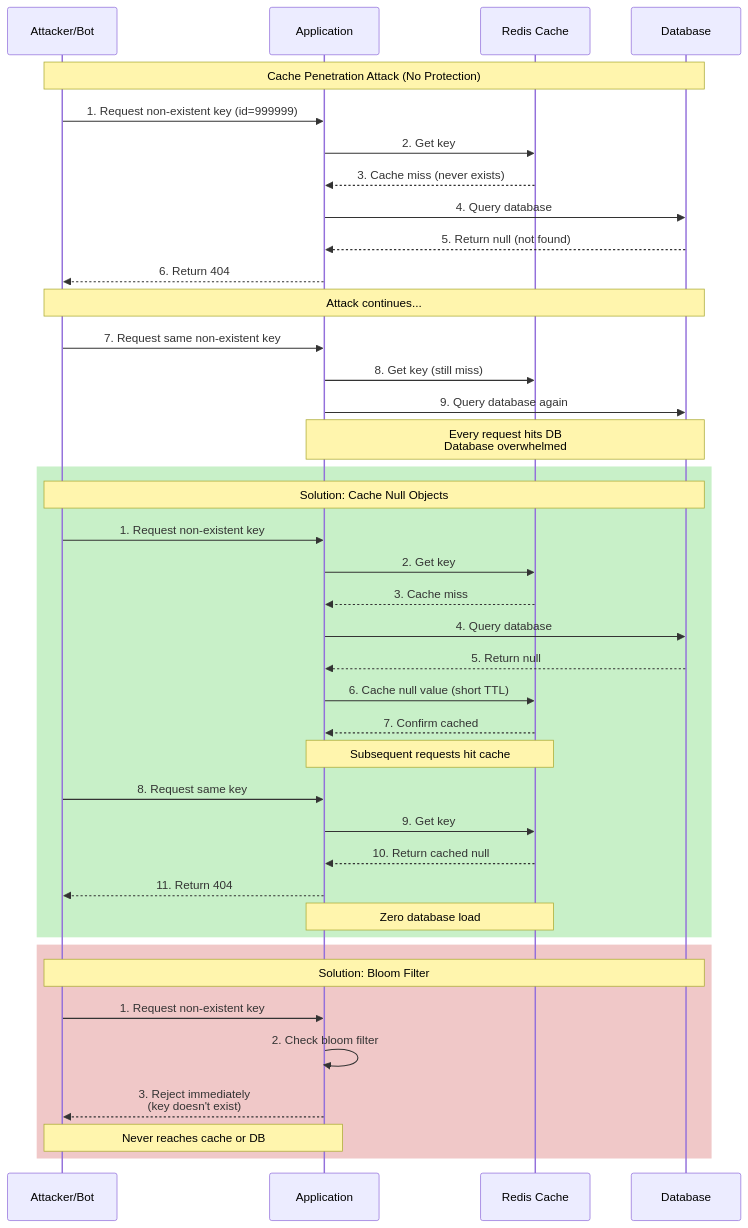
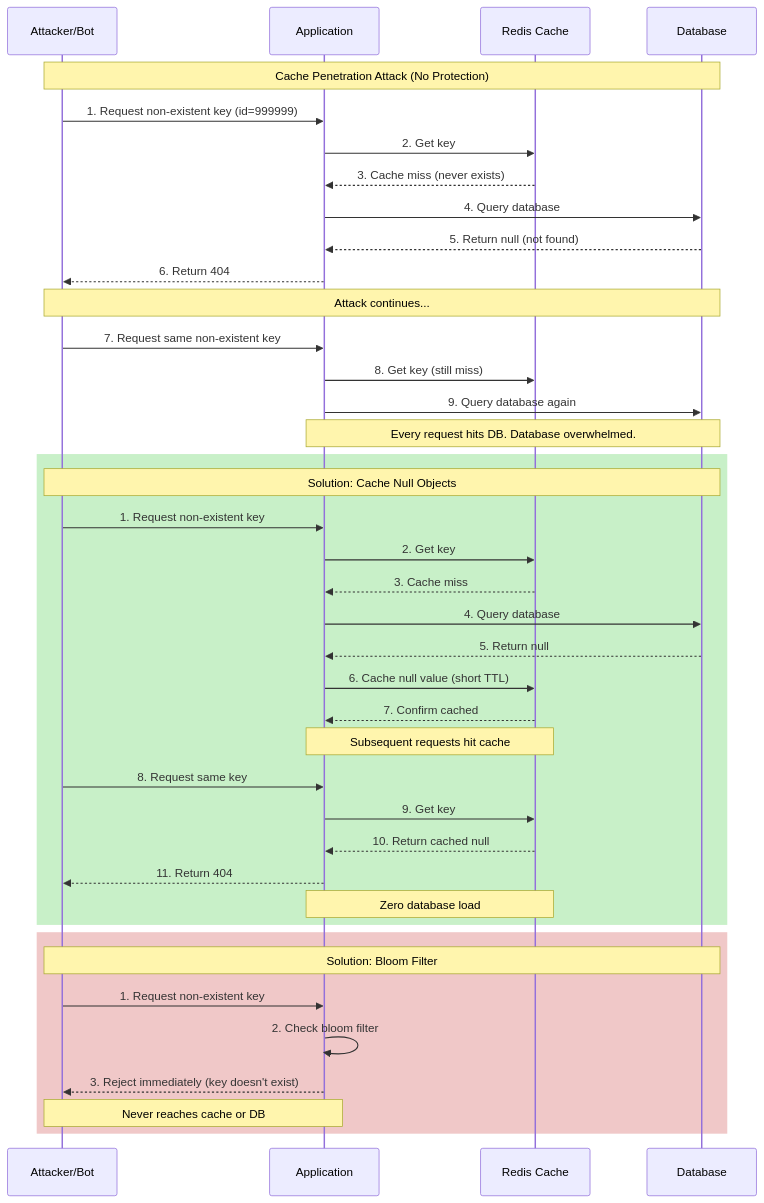
Before and after one commit to YiWang24/AiDIY: the third of 3 diagrams in docs/cs/system-design/caching-layer.mdx, drawn with Mermaid. The commit also changed other lines of this file and 65 other files, not shown here.

First line of the commit message:
feat(docs): comprehensive algorithms documentation and Mermaid fixes

````diff
--- a/docs/cs/system-design/caching-layer.mdx
+++ b/docs/cs/system-design/caching-layer.mdx
@@ -997,47 +997,47 @@
 ```mermaid
 sequenceDiagram
     participant Attacker as Attacker/Bot
     participant App as Application
     participant Cache as Redis Cache
     participant DB as Database
 
     Note over Attacker,DB: Cache Penetration Attack (No Protection)
     Attacker->>App: 1. Request non-existent key (id=999999)
     App->>Cache: 2. Get key
     Cache-->>App: 3. Cache miss (never exists)
     App->>DB: 4. Query database
     DB-->>App: 5. Return null (not found)
     App-->>Attacker: 6. Return 404
 
     Note over Attacker,DB: Attack continues...
     Attacker->>App: 7. Request same non-existent key
     App->>Cache: 8. Get key (still miss)
     App->>DB: 9. Query database again
-    Note over App,DB: Every request hits DB<br/>Database overwhelmed
+    Note over App,DB: Every request hits DB. Database overwhelmed.
 
     rect rgb(200, 240, 200)
         Note over Attacker,DB: Solution: Cache Null Objects
         Attacker->>App: 1. Request non-existent key
         App->>Cache: 2. Get key
         Cache-->>App: 3. Cache miss
         App->>DB: 4. Query database
         DB-->>App: 5. Return null
         App->>Cache: 6. Cache null value (short TTL)
         Cache-->>App: 7. Confirm cached
         Note over App,Cache: Subsequent requests hit cache
 
         Attacker->>App: 8. Request same key
         App->>Cache: 9. Get key
         Cache-->>App: 10. Return cached null
         App-->>Attacker: 11. Return 404
         Note over App,Cache: Zero database load
     end
 
     rect rgb(240, 200, 200)
         Note over Attacker,DB: Solution: Bloom Filter
         Attacker->>App: 1. Request non-existent key
         App->>App: 2. Check bloom filter
-        App-->>Attacker: 3. Reject immediately<br/>(key doesn't exist)
+        App-->>Attacker: 3. Reject immediately (key doesn't exist)
         Note over Attacker,App: Never reaches cache or DB
     end
 ```
````
